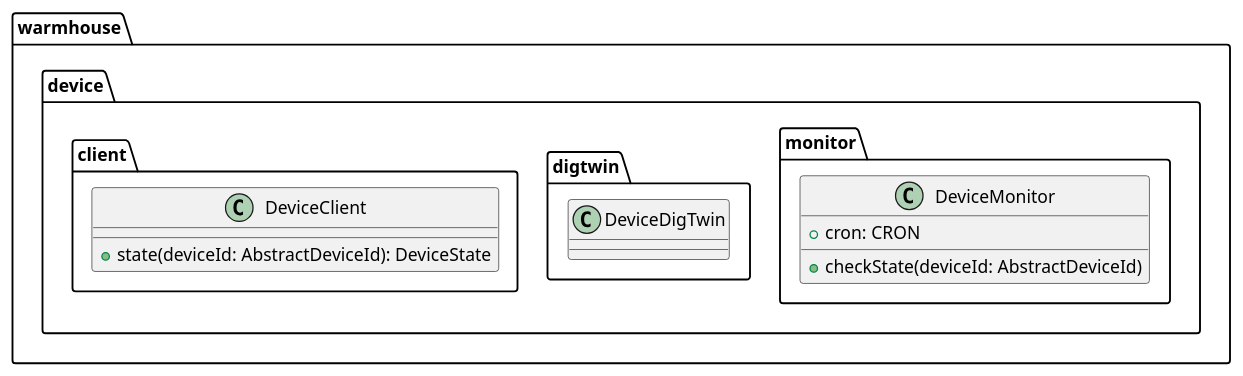
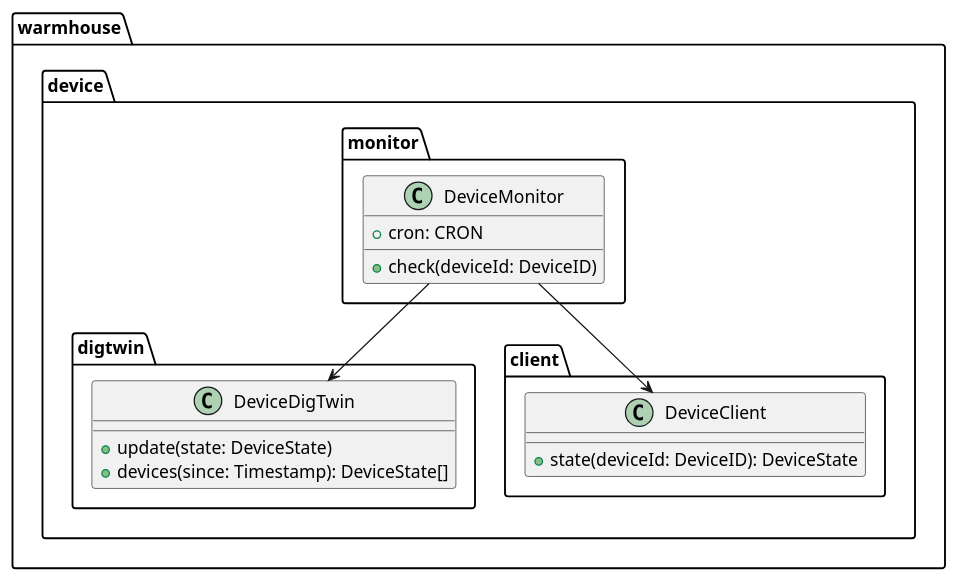
One commit to bitgorbovsky/yp-architecture-pro-warmhouse changed the diagram in schemas/services/devices-controller/code-device-monitor.puml. Above: the diagram before and after it, drawn with PlantUML. The commit also changed 3 other files, not shown here.

```diff
--- a/schemas/services/devices-controller/code-device-monitor.puml
+++ b/schemas/services/devices-controller/code-device-monitor.puml
@@ -1,21 +1,26 @@
 @startuml
 
 package warmhouse.device.monitor {
     class DeviceMonitor {
         + cron: CRON
-        + checkState(deviceId: AbstractDeviceId)
+        + check(deviceId: DeviceID)
     }
 }
 
 package warmhouse.device.digtwin {
     class DeviceDigTwin {
+        + update(state: DeviceState)
+        + devices(since: Timestamp): DeviceState[]
     }
 }
 
 package warmhouse.device.client {
     class DeviceClient {
-        + state(deviceId: AbstractDeviceId): DeviceState
+        + state(deviceId: DeviceID): DeviceState
     }
 }
 
+DeviceMonitor --> DeviceDigTwin
+DeviceMonitor --> DeviceClient
+
 @enduml
```
